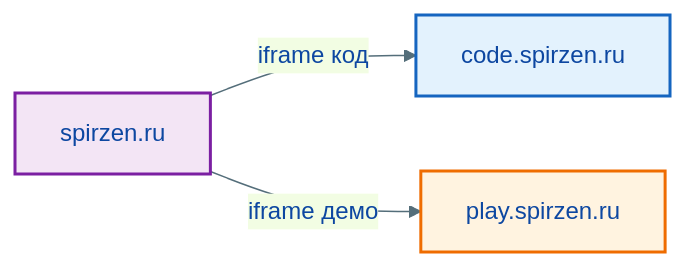
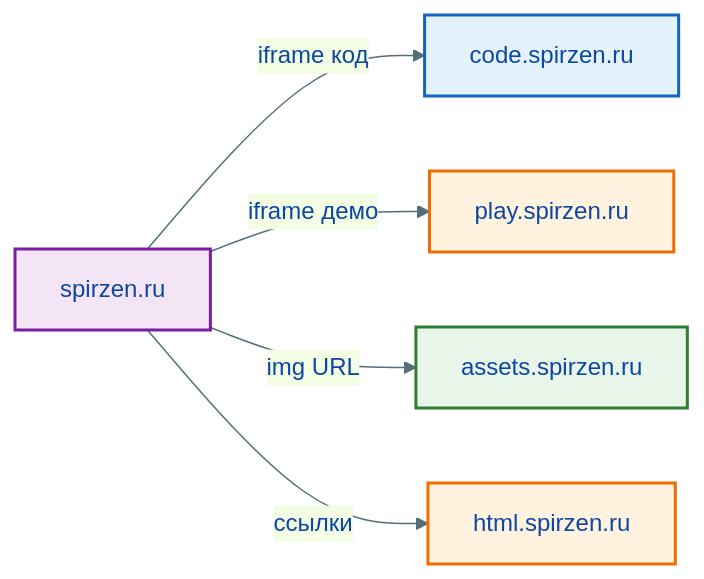
One commit to Spirzen/it-knowledge-base changed the first of 3 diagrams in docs/encyclopedia/1-basics/1-02-vvedenie/1.md. Above: the diagram before and after it, drawn with Mermaid. The commit also changed other lines of this file and 51 other files, not shown here.

````diff
--- a/docs/encyclopedia/1-basics/1-02-vvedenie/1.md
+++ b/docs/encyclopedia/1-basics/1-02-vvedenie/1.md
@@ -57,15 +59,20 @@
 ```mermaid
 %%{init: {'theme':'base','themeVariables':{'primaryColor':'#e3f2fd','primaryTextColor':'#0d47a1','primaryBorderColor':'#1565c0','lineColor':'#546e7a'}}}%%
 
 flowchart LR
   classDef kb fill:#f3e5f5,stroke:#7b1fa2,stroke-width:2px
   classDef code fill:#e3f2fd,stroke:#1565c0,stroke-width:2px
   classDef play fill:#fff3e0,stroke:#ef6c00,stroke-width:2px
+  classDef media fill:#e8f5e9,stroke:#2e7d32,stroke-width:2px
 
   KB[spirzen.ru]:::kb
   CODE[code.spirzen.ru]:::code
   PLAY[play.spirzen.ru]:::play
+  ASSETS[assets.spirzen.ru]:::media
+  HTML[html.spirzen.ru]:::play
 
   KB -->|iframe код| CODE
   KB -->|iframe демо| PLAY
+  KB -->|img URL| ASSETS
+  KB -->|ссылки| HTML
 ```
````
